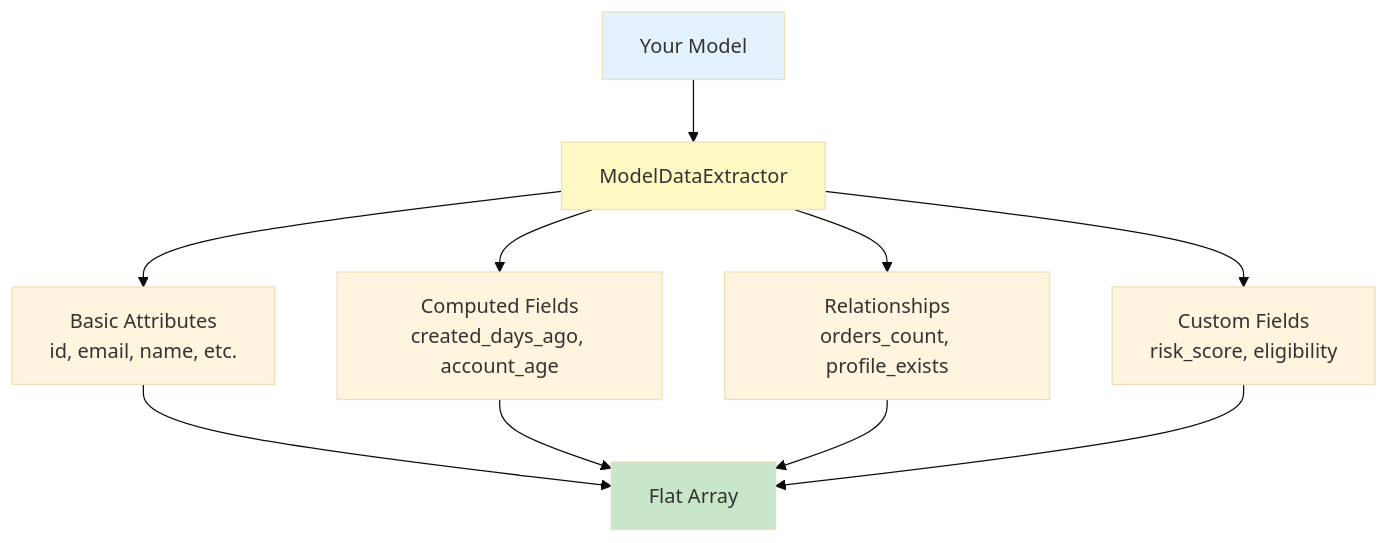
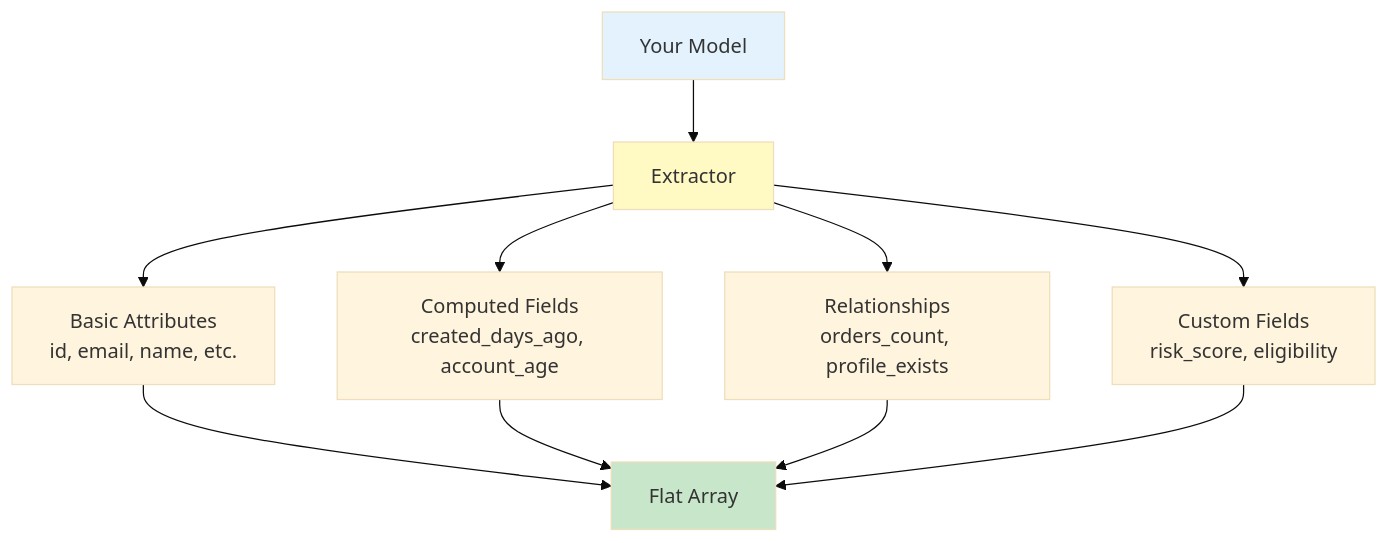
Before and after one commit to cleaniquecoders/eligify: the second of 2 diagrams in docs/quick-reference-model-extraction.md, drawn with Mermaid (base theme). The commit also changed other lines of this file and 9 other files, not shown here.

````diff
--- a/docs/quick-reference-model-extraction.md
+++ b/docs/quick-reference-model-extraction.md
@@ -101,18 +101,18 @@
 ```mermaid
 flowchart TB
-    Model[Your Model] --> E[ModelDataExtractor]
+    Model[Your Model] --> E[Extractor]
 
     E --> A[Basic Attributes<br/>id, email, name, etc.]
     E --> B[Computed Fields<br/>created_days_ago, account_age]
     E --> C[Relationships<br/>orders_count, profile_exists]
     E --> D[Custom Fields<br/>risk_score, eligibility]
 
     A --> Output[Flat Array]
     B --> Output
     C --> Output
     D --> Output
 
     style Model fill:#E3F2FD
     style E fill:#FFF9C4
     style Output fill:#C8E6C9
 ```
````
